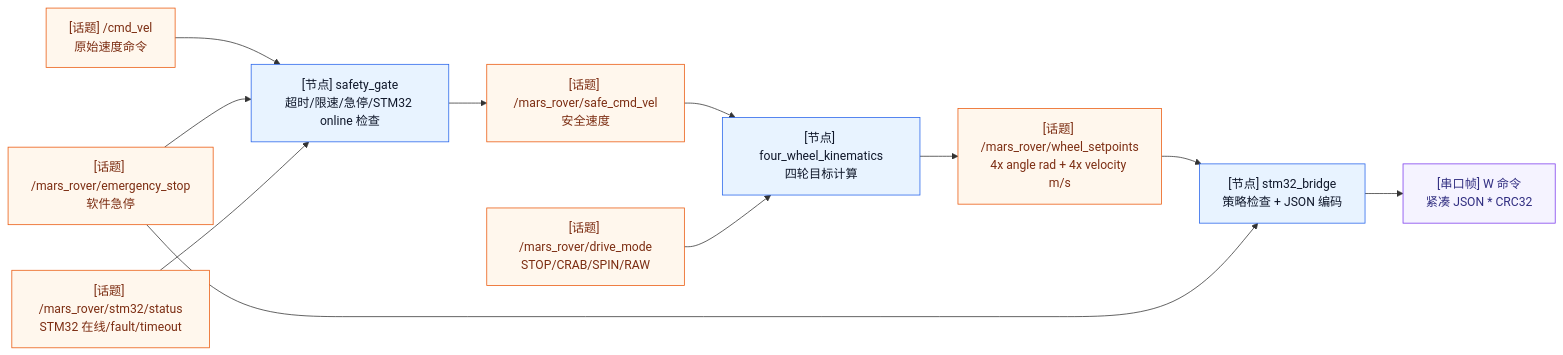
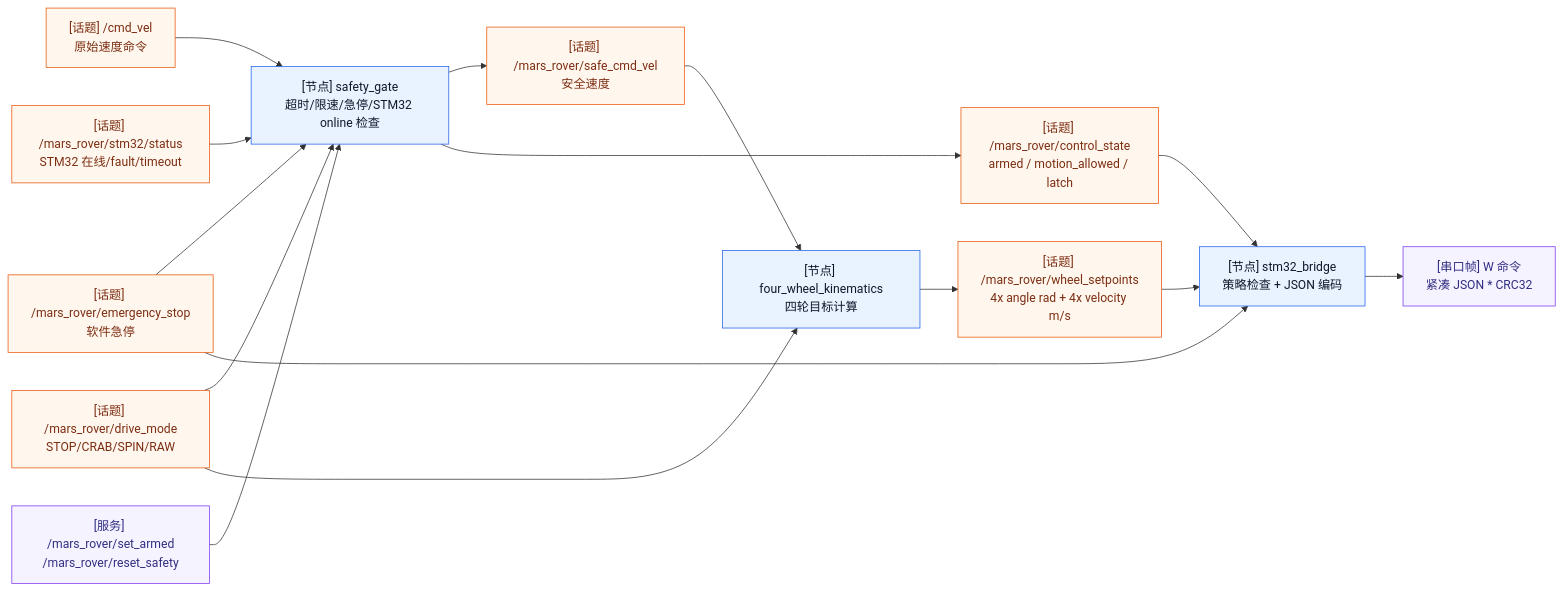
The third of 7 diagrams in docs/ROS2架构与节点关系图.md (lixiang-moss/rover), drawn with Mermaid before and after one commit. The commit also changed other lines of this file and 46 other files, not shown here.

Commit message:
Improve ROS 2 control safety and kinematics

````diff
--- a/docs/ROS2架构与节点关系图.md
+++ b/docs/ROS2架构与节点关系图.md
@@ -167,32 +174,39 @@
 ```mermaid
 flowchart LR
     Cmd["[话题] /cmd_vel\n原始速度命令"]
     EStop["[话题] /mars_rover/emergency_stop\n软件急停"]
     Status["[话题] /mars_rover/stm32/status\nSTM32 在线/fault/timeout"]
     Safety["[节点] safety_gate\n超时/限速/急停/STM32 online 检查"]
     SafeCmd["[话题] /mars_rover/safe_cmd_vel\n安全速度"]
     Mode["[话题] /mars_rover/drive_mode\nSTOP/CRAB/SPIN/RAW"]
     Kin["[节点] four_wheel_kinematics\n四轮目标计算"]
     Setpoints["[话题] /mars_rover/wheel_setpoints\n4x angle rad + 4x velocity m/s"]
     Bridge["[节点] stm32_bridge\n策略检查 + JSON 编码"]
+    Control["[话题] /mars_rover/control_state\narmed / motion_allowed / latch"]
+    Arm["[服务] /mars_rover/set_armed\n/mars_rover/reset_safety"]
     Serial["[串口帧] W 命令<br/>紧凑 JSON * CRC32"]
 
     Cmd --> Safety
     EStop --> Safety
     Status --> Safety
+    Mode --> Safety
+    Arm --> Safety
     Safety --> SafeCmd
+    Safety --> Control
     SafeCmd --> Kin
     Mode --> Kin
     Kin --> Setpoints
     Setpoints --> Bridge
+    Control --> Bridge
     EStop --> Bridge
     Bridge --> Serial
 
     classDef rosNode fill:#E8F3FF,stroke:#2563EB,color:#0F172A;
     classDef topic fill:#FFF7ED,stroke:#EA580C,color:#7C2D12;
     classDef frame fill:#F5F3FF,stroke:#7C3AED,color:#312E81;
 
     class Safety,Kin,Bridge rosNode;
-    class Cmd,EStop,Status,SafeCmd,Mode,Setpoints topic;
+    class Cmd,EStop,Status,SafeCmd,Mode,Setpoints,Control topic;
+    class Arm frame;
     class Serial frame;
 ```
````
